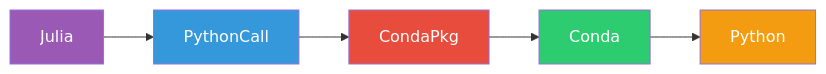
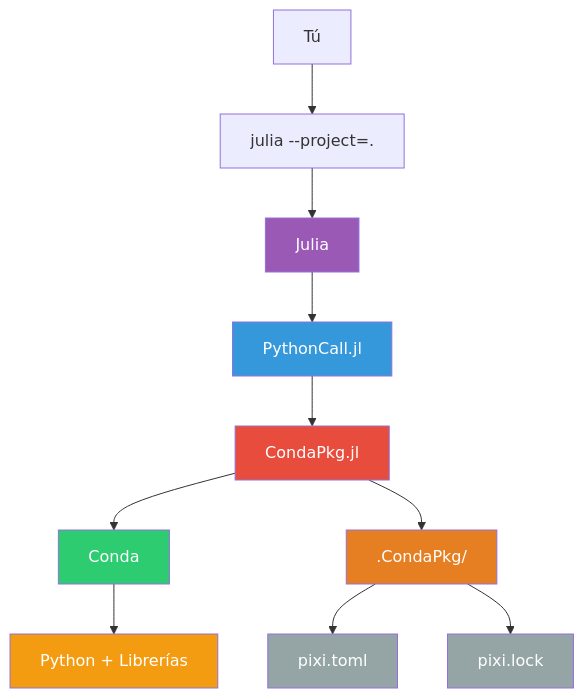
One commit to Ibar-Dev/Julia_Curso_Completo changed the diagram in README.md. Above: the diagram before and after it, drawn with Mermaid. The commit also changed other lines of this file, not shown here.

Commit message:
Explicacion de CondaPkg añadida, componente que gestiona automaticamente todo lo relacionado co Python

````diff
--- a/README.md
+++ b/README.md
@@ -166,13 +171,23 @@
 ```mermaid
-graph LR
-    A[Julia] --> B[PythonCall]
-    B --> C[CondaPkg]
+graph TD
+    A[Julia] --> B[PythonCall.jl]
+    B --> C[CondaPkg.jl]
     C --> D[Conda]
-    D --> E[Python]
+    D --> E[Python + Librerías]
+
+    C --> F[.CondaPkg/]
+    F --> G[pixi.toml]
+    F --> H[pixi.lock]
+
+    I[Tú] --> J[julia --project=.]
+    J --> A
 
     style A fill:#9b59b6,color:#fff
     style B fill:#3498db,color:#fff
     style C fill:#e74c3c,color:#fff
     style D fill:#2ecc71,color:#fff
     style E fill:#f39c12,color:#fff
+    style F fill:#e67e22,color:#fff
+    style G fill:#95a5a6,color:#fff
+    style H fill:#95a5a6,color:#fff
 ```
````
